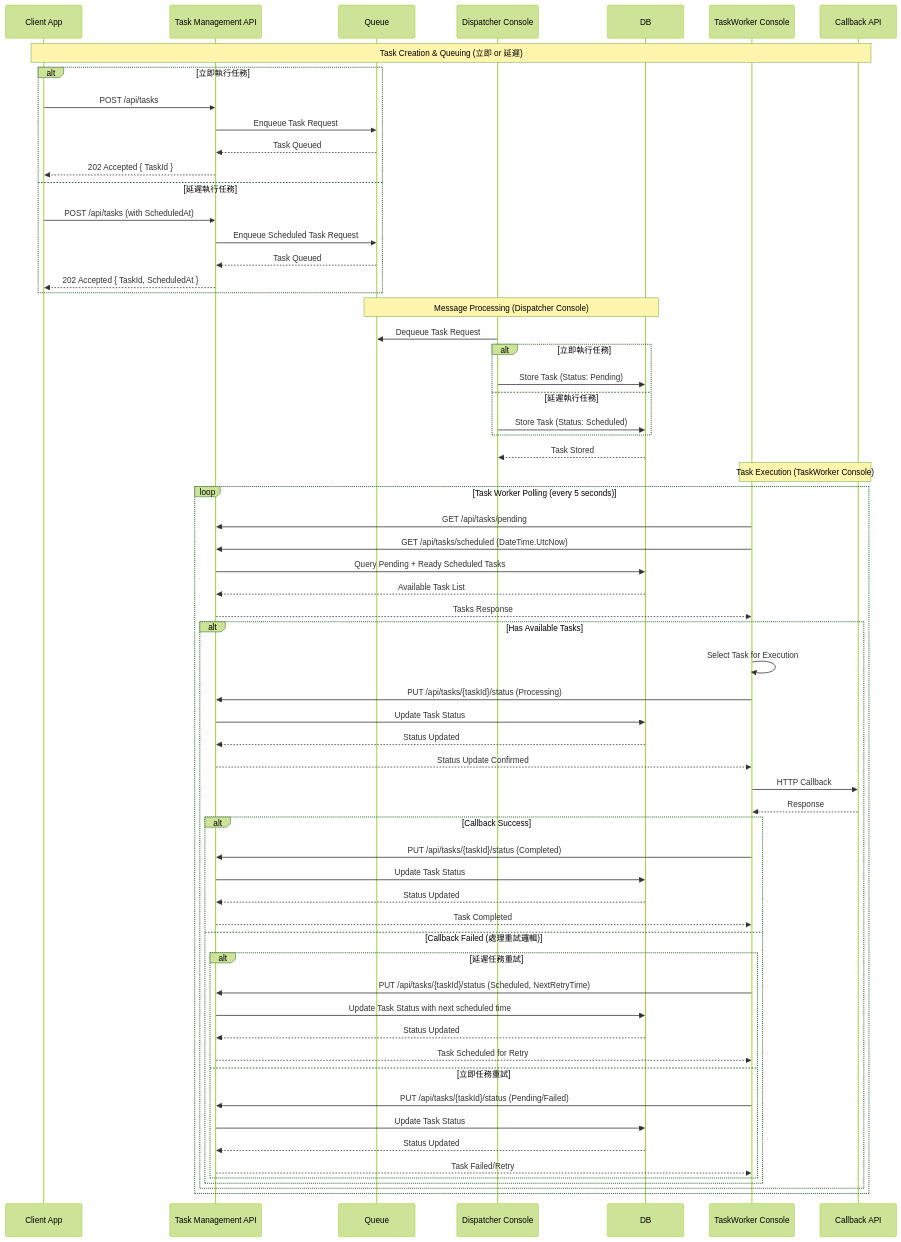
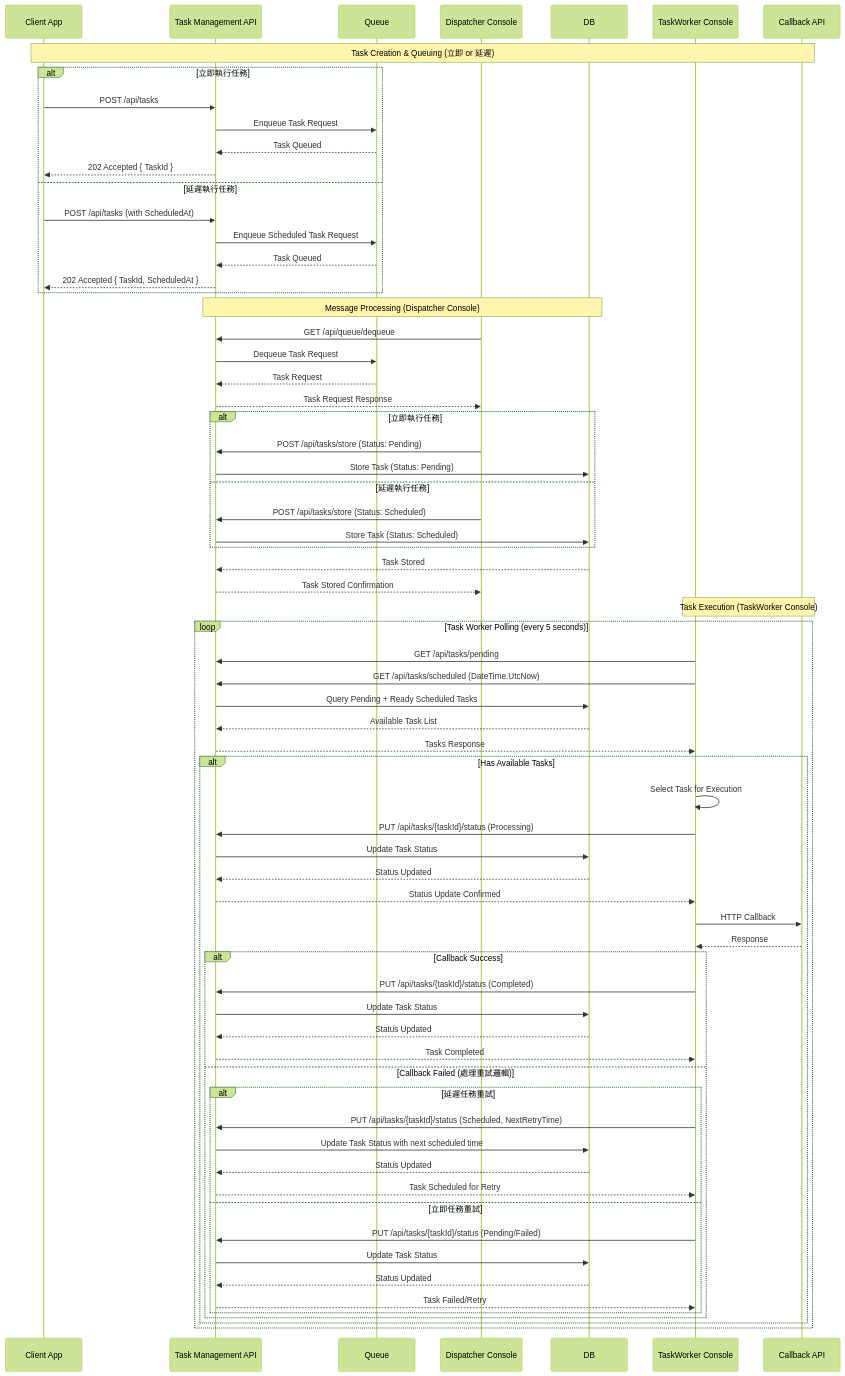
The third of 7 diagrams in .specs/design.md (yaochangyu/eventbus-platform), drawn with Mermaid (forest theme) before and after one commit.

Commit message:
🔧 refactor(.specs/design.md): 更新訊息處理流程，將請求從 DB 移至 API，清晰化架構與流程

````diff
--- a/.specs/design.md
+++ b/.specs/design.md
@@ -514,68 +514,74 @@
 ```mermaid
 sequenceDiagram
     participant Client as Client App
     participant API as Task Management API
     participant Queue as Queue
     participant Dispatcher as Dispatcher Console
     participant DB as DB
     participant Worker as TaskWorker Console
     participant External as Callback API
 
     Note over Client,External: Task Creation & Queuing (立即 or 延遲)
     alt 立即執行任務
         Client->>API: POST /api/tasks
         API->>Queue: Enqueue Task Request
         Queue-->>API: Task Queued
         API-->>Client: 202 Accepted { TaskId }
     else 延遲執行任務
         Client->>API: POST /api/tasks (with ScheduledAt)
         API->>Queue: Enqueue Scheduled Task Request
         Queue-->>API: Task Queued
         API-->>Client: 202 Accepted { TaskId, ScheduledAt }
     end
 
-    Note over Queue,DB: Message Processing (Dispatcher Console)
-    Dispatcher->>Queue: Dequeue Task Request
+    Note over API,DB: Message Processing (Dispatcher Console)
+    Dispatcher->>API: GET /api/queue/dequeue
+    API->>Queue: Dequeue Task Request
+    Queue-->>API: Task Request
+    API-->>Dispatcher: Task Request Response
     alt 立即執行任務
-        Dispatcher->>DB: Store Task (Status: Pending)
+        Dispatcher->>API: POST /api/tasks/store (Status: Pending)
+        API->>DB: Store Task (Status: Pending)
     else 延遲執行任務
-        Dispatcher->>DB: Store Task (Status: Scheduled)
+        Dispatcher->>API: POST /api/tasks/store (Status: Scheduled)
+        API->>DB: Store Task (Status: Scheduled)
     end
-    DB-->>Dispatcher: Task Stored
+    DB-->>API: Task Stored
+    API-->>Dispatcher: Task Stored Confirmation
 
     Note over Worker,External: Task Execution (TaskWorker Console)
     loop Task Worker Polling (every 5 seconds)
         Worker->>API: GET /api/tasks/pending
         Worker->>API: GET /api/tasks/scheduled (DateTime.UtcNow)
         API->>DB: Query Pending + Ready Scheduled Tasks
         DB-->>API: Available Task List
         API-->>Worker: Tasks Response
         alt Has Available Tasks
             Worker->>Worker: Select Task for Execution
             Worker->>API: PUT /api/tasks/{taskId}/status (Processing)
             API->>DB: Update Task Status
             DB-->>API: Status Updated
             API-->>Worker: Status Update Confirmed
             Worker->>External: HTTP Callback
             External-->>Worker: Response
             alt Callback Success
                 Worker->>API: PUT /api/tasks/{taskId}/status (Completed)
                 API->>DB: Update Task Status
                 DB-->>API: Status Updated
                 API-->>Worker: Task Completed
             else Callback Failed (處理重試邏輯)
                 alt 延遲任務重試
                     Worker->>API: PUT /api/tasks/{taskId}/status (Scheduled, NextRetryTime)
                     API->>DB: Update Task Status with next scheduled time
                     DB-->>API: Status Updated
                     API-->>Worker: Task Scheduled for Retry
                 else 立即任務重試
                     Worker->>API: PUT /api/tasks/{taskId}/status (Pending/Failed)
                     API->>DB: Update Task Status
                     DB-->>API: Status Updated
                     API-->>Worker: Task Failed/Retry
                 end
             end
         end
     end
 ```
````
